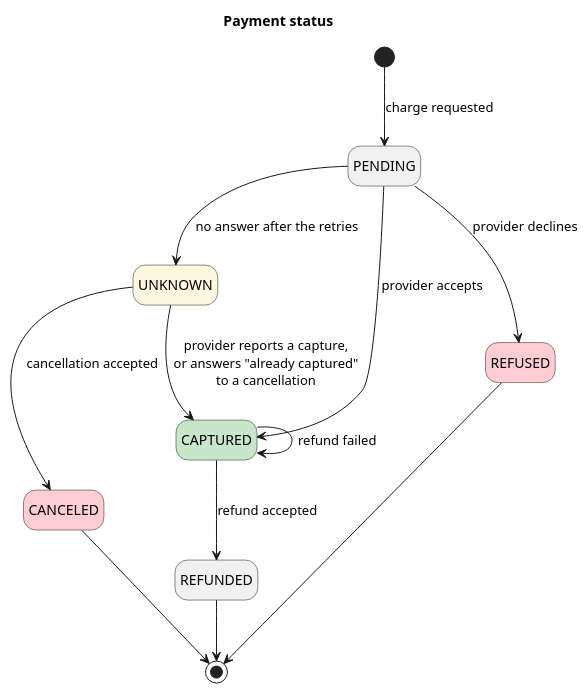
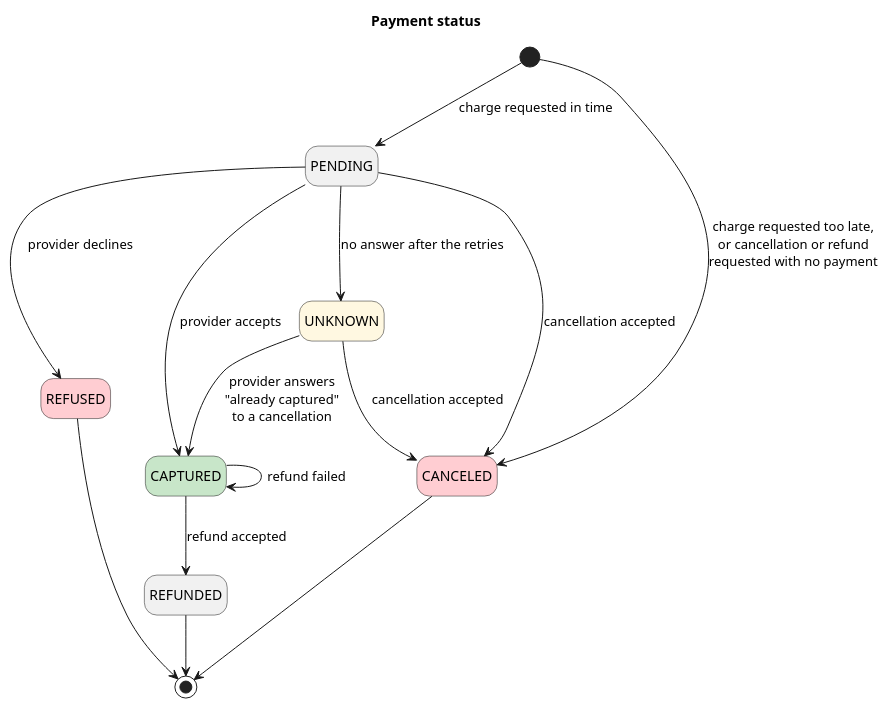
One commit to AxeloLabs/alten-commerce-platform changed the diagram in doc/2-spec/02-domain-design/diagrams/payment-status.puml. Above: the diagram before and after it, drawn with PlantUML. The commit also changed 40 other files, not shown here.

```diff
--- a/doc/2-spec/02-domain-design/diagrams/payment-status.puml
+++ b/doc/2-spec/02-domain-design/diagrams/payment-status.puml
@@ -1,24 +1,26 @@
 @startuml
 title Payment status
 
 hide empty description
 
 state PENDING
 state UNKNOWN #FFF8E1
 state CAPTURED #C8E6C9
 state REFUSED #FFCDD2
 state CANCELED #FFCDD2
 state REFUNDED
 
-[*] --> PENDING : charge requested
+[*] --> PENDING : charge requested in time
+[*] --> CANCELED : charge requested too late,\nor cancellation or refund\nrequested with no payment
 PENDING --> CAPTURED : provider accepts
 PENDING --> REFUSED : provider declines
 PENDING --> UNKNOWN : no answer after the retries
-UNKNOWN --> CAPTURED : provider reports a capture,\nor answers "already captured"\nto a cancellation
+PENDING --> CANCELED : cancellation accepted
+UNKNOWN --> CAPTURED : provider answers\n"already captured"\nto a cancellation
 UNKNOWN --> CANCELED : cancellation accepted
 CAPTURED --> REFUNDED : refund accepted
 CAPTURED --> CAPTURED : refund failed
 REFUSED --> [*]
 CANCELED --> [*]
 REFUNDED --> [*]
 @enduml
```
